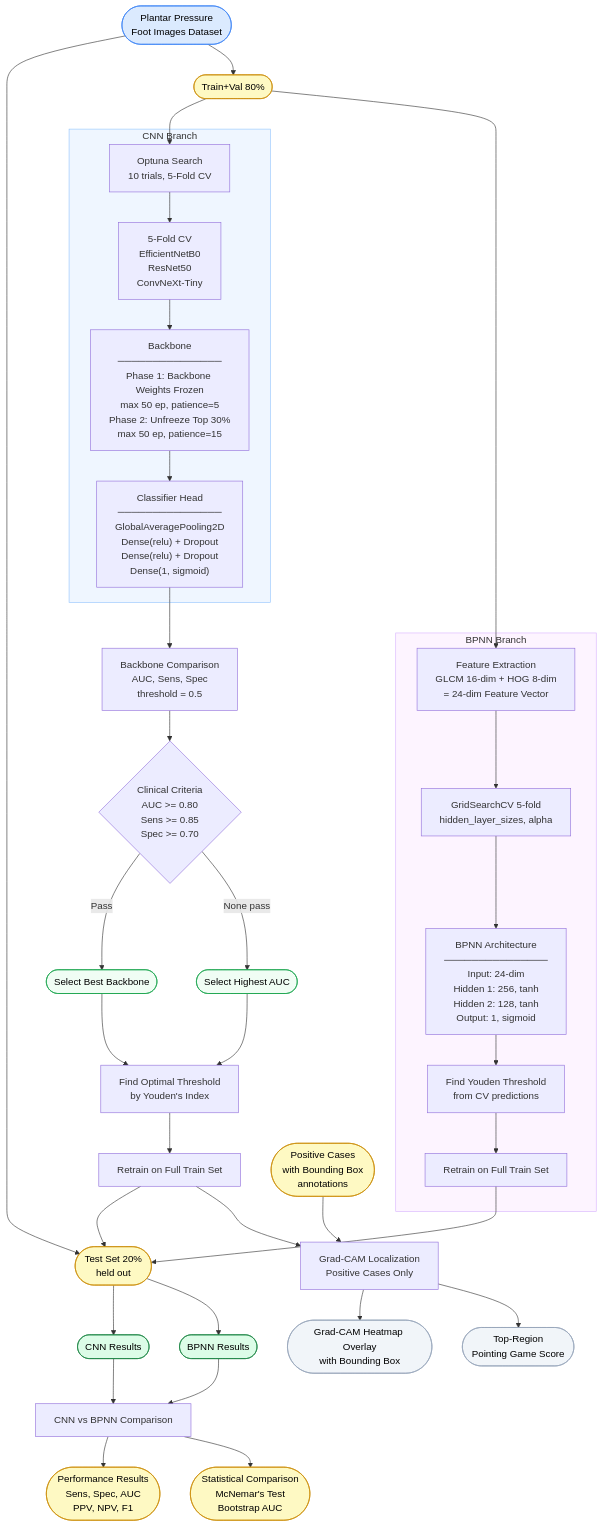
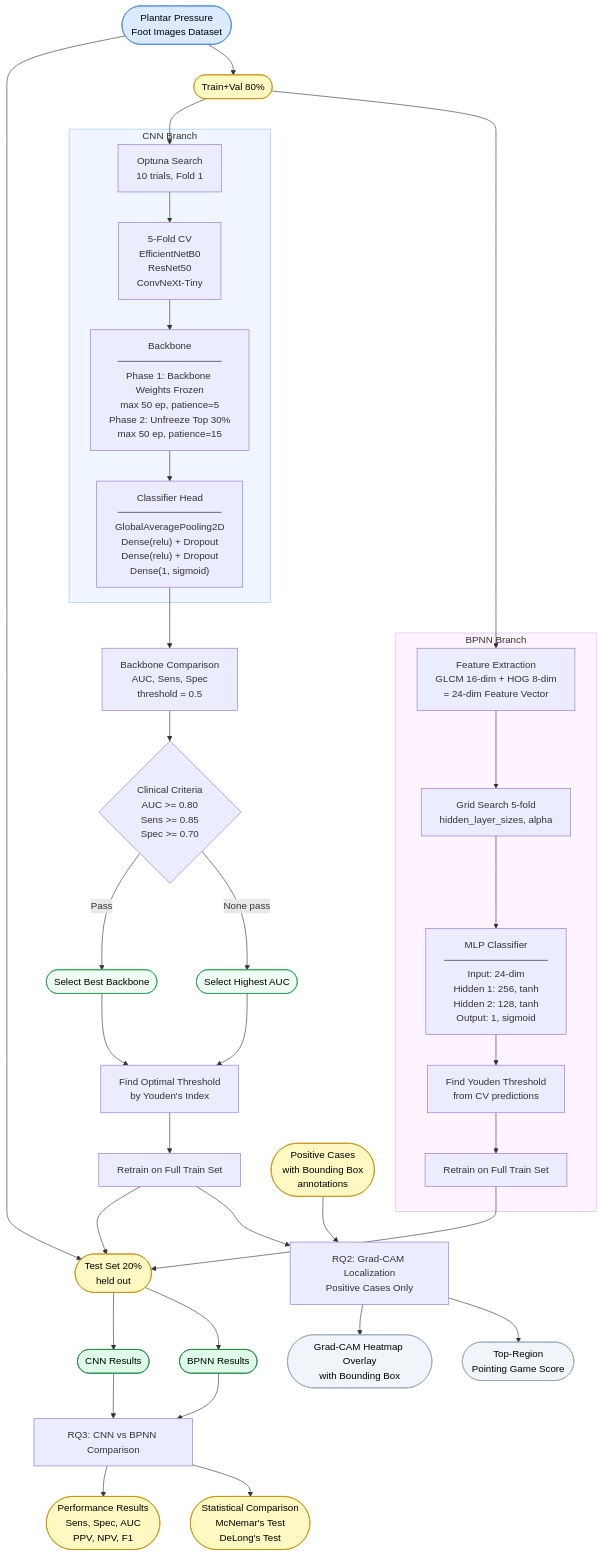
The diagram in WORKFLOW_DIAGRAM.md (Nanatsume/DFU_Classification_Risk), drawn with Mermaid before and after one commit. The commit also changed 47 other files, not shown here.

First line of the commit message:
Add Grad-CAM, Grad-CAM++, and Eigen-CAM visualizations for model evaluation

````diff
--- a/WORKFLOW_DIAGRAM.md
+++ b/WORKFLOW_DIAGRAM.md
@@ -1,61 +1,61 @@
 ```mermaid
 flowchart TD
     A([Plantar Pressure<br/>Foot Images Dataset]) --> C([Test Set 20%<br/>held out])
     A --> D([Train+Val 80%])
 
-    D --> F["Optuna Search<br/>10 trials, 5-Fold CV"]
+    D --> F["Optuna Search<br/>10 trials, Fold 1"]
 
     subgraph CNN ["CNN Branch"]
         F --> H["5-Fold CV<br/>EfficientNetB0<br/>ResNet50<br/>ConvNeXt-Tiny"]
         H --> H1["Backbone<br/>───────────────<br/>Phase 1: Backbone Weights Frozen<br/>max 50 ep, patience=5<br/>Phase 2: Unfreeze Top 30%<br/>max 50 ep, patience=15"]
         H1 --> H2["Classifier Head<br/>───────────────<br/>GlobalAveragePooling2D<br/>Dense(relu) + Dropout<br/>Dense(relu) + Dropout<br/>Dense(1, sigmoid)"]
     end
 
     D --> P1["Feature Extraction<br/>GLCM 16-dim + HOG 8-dim<br/>= 24-dim Feature Vector"]
 
     subgraph BPNN ["BPNN Branch"]
-        P1 --> P2["GridSearchCV 5-fold<br/>hidden_layer_sizes, alpha"]
-        P2 --> PARCH["BPNN Architecture<br/>───────────────<br/>Input: 24-dim<br/>Hidden 1: 256, tanh<br/>Hidden 2: 128, tanh<br/>Output: 1, sigmoid"]
+        P1 --> P2["Grid Search 5-fold<br/>hidden_layer_sizes, alpha"]
+        P2 --> PARCH["MLP Classifier<br/>───────────────<br/>Input: 24-dim<br/>Hidden 1: 256, tanh<br/>Hidden 2: 128, tanh<br/>Output: 1, sigmoid"]
         PARCH --> PTHR["Find Youden Threshold<br/>from CV predictions"]
         PTHR --> P3["Retrain on Full Train Set"]
     end
 
     H2 --> RQ1["Backbone Comparison<br/>AUC, Sens, Spec<br/>threshold = 0.5"]
     RQ1 --> RQ1R{"Clinical Criteria<br/>AUC >= 0.80<br/>Sens >= 0.85<br/>Spec >= 0.70"}
     RQ1R -->|"Pass"| RQ1W([Select Best Backbone])
     RQ1R -->|"None pass"| RQ1W2([Select Highest AUC])
-    RQ1W --> RQ2
-    RQ1W2 --> RQ2
+    RQ1W --> THR
+    RQ1W2 --> THR
 
-    RQ2["Find Optimal Threshold<br/>by Youden's Index"] --> RETRAIN["Retrain on Full Train Set"]
+    THR["Find Optimal Threshold<br/>by Youden's Index"] --> RETRAIN["Retrain on Full Train Set"]
     RETRAIN --> C
     C --> CNN_RES([CNN Results])
-    RETRAIN --> RQ4
+    RETRAIN --> RQ2_CAM
 
     P3 --> C
     C --> BPNN_RES([BPNN Results])
 
-    INP([Positive Cases<br/>with Bounding Box<br/>annotations]) --> RQ4
-    RQ4["Grad-CAM Localization<br/>Positive Cases Only"] --> RQ4A([Grad-CAM Heatmap Overlay<br/>with Bounding Box])
-    RQ4 --> RQ4C([Top-Region<br/>Pointing Game Score])
+    INP([Positive Cases<br/>with Bounding Box<br/>annotations]) --> RQ2_CAM
+    RQ2_CAM["RQ2: Grad-CAM Localization<br/>Positive Cases Only"] --> RQ2A([Grad-CAM Heatmap Overlay<br/>with Bounding Box])
+    RQ2_CAM --> RQ2C([Top-Region<br/>Pointing Game Score])
 
-    CNN_RES --> RQ5["CNN vs BPNN Comparison"]
-    BPNN_RES --> RQ5
-    RQ5 --> RQ5A([Performance Results<br/>Sens, Spec, AUC<br/>PPV, NPV, F1])
-    RQ5 --> RQ5B([Statistical Comparison<br/>McNemar's Test<br/>Bootstrap AUC])
+    CNN_RES --> RQ3["RQ3: CNN vs BPNN Comparison"]
+    BPNN_RES --> RQ3
+    RQ3 --> RQ3A([Performance Results<br/>Sens, Spec, AUC<br/>PPV, NPV, F1])
+    RQ3 --> RQ3B([Statistical Comparison<br/>McNemar's Test<br/>DeLong's Test])
 
     style A fill:#dbeafe,stroke:#3b82f6,color:#000000
     style C fill:#fef9c3,stroke:#ca8a04,color:#000000
     style D fill:#fef9c3,stroke:#ca8a04,color:#000000
     style RQ1W fill:#f0fdf4,stroke:#16a34a,color:#000000
     style RQ1W2 fill:#f0fdf4,stroke:#16a34a,color:#000000
     style CNN_RES fill:#dcfce7,stroke:#15803d,color:#000000
     style BPNN_RES fill:#dcfce7,stroke:#15803d,color:#000000
     style INP fill:#fef9c3,stroke:#ca8a04,color:#000000
-    style RQ4A fill:#f1f5f9,stroke:#94a3b8,color:#000000
-    style RQ4C fill:#f1f5f9,stroke:#94a3b8,color:#000000
-    style RQ5A fill:#fef9c3,stroke:#ca8a04,color:#000000
-    style RQ5B fill:#fef9c3,stroke:#ca8a04,color:#000000
+    style RQ2A fill:#f1f5f9,stroke:#94a3b8,color:#000000
+    style RQ2C fill:#f1f5f9,stroke:#94a3b8,color:#000000
+    style RQ3A fill:#fef9c3,stroke:#ca8a04,color:#000000
+    style RQ3B fill:#fef9c3,stroke:#ca8a04,color:#000000
     style CNN fill:#eff6ff,stroke:#93c5fd
     style BPNN fill:#fdf4ff,stroke:#d8b4fe
 ```
````
